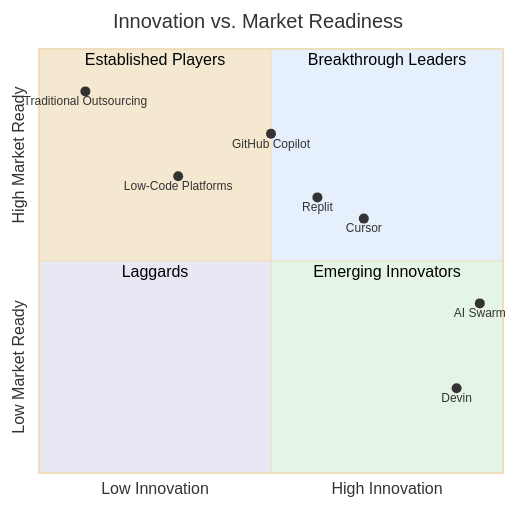
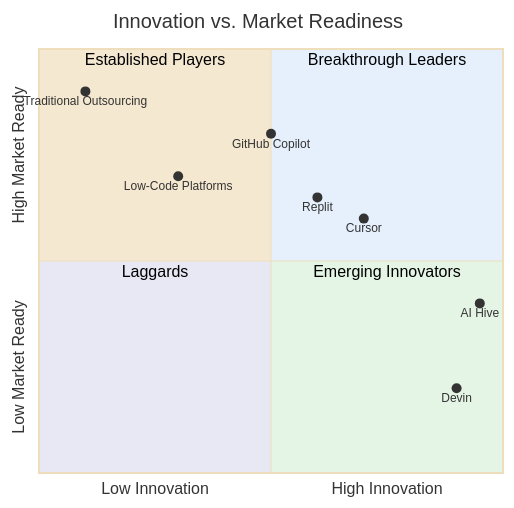
Before and after one commit to o2alexanderfedin/AI-Hive-Business-Docs: diagram 16 of 18 in business-documents/competitive-positioning/02-competitive-landscape.md, drawn with Mermaid. The commit also changed other lines of this file and 22 other files, not shown here.

First line of the commit message:
Replace all references from 'AI Swarm' to 'AI Hive' across project

````diff
--- a/business-documents/competitive-positioning/02-competitive-landscape.md
+++ b/business-documents/competitive-positioning/02-competitive-landscape.md
@@ -851,32 +851,32 @@
 ```mermaid
 %%{init: {
   'theme': 'base',
   'themeVariables': {
     'quadrant1Fill': '#E5F0FC',
     'quadrant2Fill': '#F5E8D0',
     'quadrant3Fill': '#E8E8F5',
     'quadrant4Fill': '#E5F5E5',
     'quadrant1TextFill': '#000000',
     'quadrant2TextFill': '#000000',
     'quadrant3TextFill': '#000000',
     'quadrant4TextFill': '#000000'
   }
 }}%%
 quadrantChart
     title Innovation vs. Market Readiness
     x-axis Low Innovation --> High Innovation
     y-axis Low Market Ready --> High Market Ready
 
     quadrant-1 Breakthrough Leaders
     quadrant-2 Established Players
     quadrant-3 Laggards
     quadrant-4 Emerging Innovators
 
     "Traditional Outsourcing": [0.10, 0.90]
     "GitHub Copilot": [0.50, 0.80]
     "Low-Code Platforms": [0.30, 0.70]
     "Cursor": [0.70, 0.60]
     "Replit": [0.60, 0.65]
     "Devin": [0.90, 0.20]
-    "AI Swarm": [0.95, 0.40]
+    "AI Hive": [0.95, 0.40]
 ```
````
